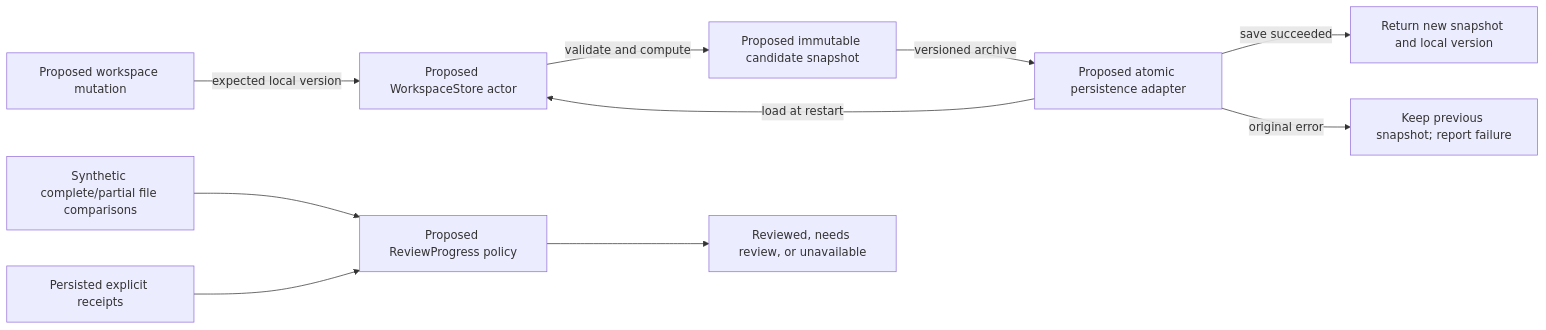
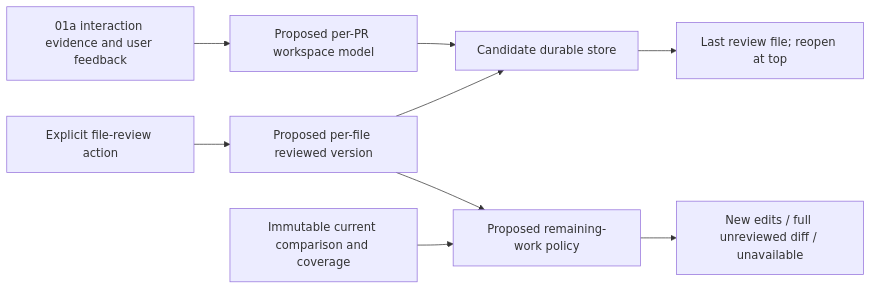
One commit to kyleve/Stuff changed the diagram in Plans/2026-11-14-mobius/01-review-state-foundation.md. Above: the diagram before and after it, drawn with Mermaid. The commit also changed other lines of this file and 7 other files, not shown here.

First line of the commit message:
docs(Mobius): refine review continuity and prototype-first delivery

````diff
--- a/Plans/2026-11-14-mobius/01-review-state-foundation.md
+++ b/Plans/2026-11-14-mobius/01-review-state-foundation.md
@@ -43,12 +35,11 @@
 ```mermaid
 flowchart LR
-    Intent["Proposed workspace mutation"] -->|expected local version| Store["Proposed WorkspaceStore actor"]
-    Store -->|validate and compute| Candidate["Proposed immutable candidate snapshot"]
-    Candidate -->|versioned archive| Disk["Proposed atomic persistence adapter"]
-    Disk -->|save succeeded| Publish["Return new snapshot and local version"]
-    Disk -->|original error| Failure["Keep previous snapshot; report failure"]
-    Disk -->|load at restart| Store
-    Comparisons["Synthetic complete/partial file comparisons"] --> Policy["Proposed ReviewProgress policy"]
-    Receipts["Persisted explicit receipts"] --> Policy
-    Policy --> Result["Reviewed, needs review, or unavailable"]
+    Prototype["01a interaction evidence and user feedback"] --> Model["Proposed per-PR workspace model"]
+    Intent["Explicit file-review action"] --> Evidence["Proposed per-file reviewed version"]
+    Evidence --> Policy["Proposed remaining-work policy"]
+    Revisions["Immutable current comparison and coverage"] --> Policy
+    Model --> Store["Candidate durable store"]
+    Evidence --> Store
+    Store --> Resume["Last review file; reopen at top"]
+    Policy --> Result["New edits / full unreviewed diff / unavailable"]
 ```
````
